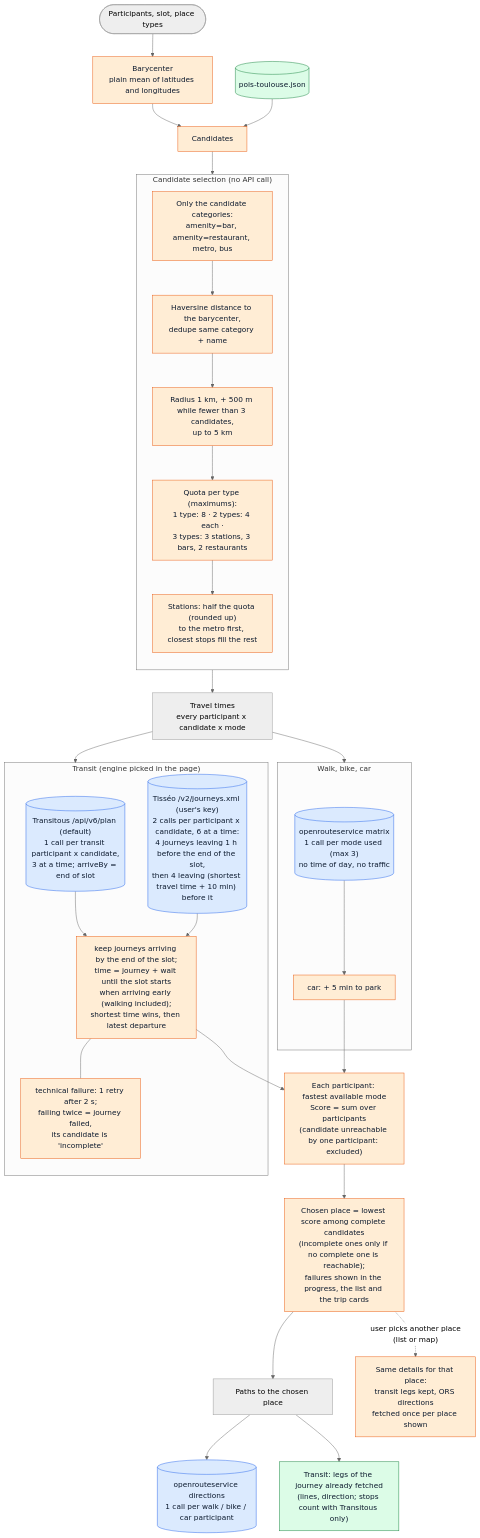
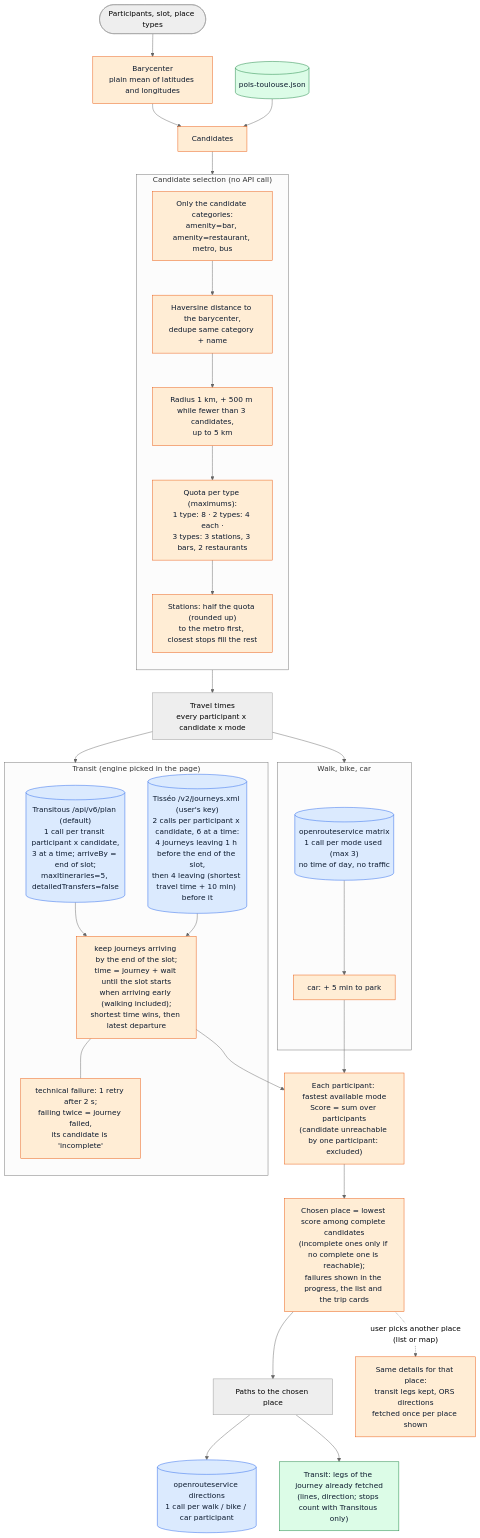
Before and after one commit to NicolasGresset/portfolio: the third of 4 diagrams in docs/location-pipeline.md, drawn with Mermaid (neutral theme). The commit also changed other lines of this file and 1 other file, not shown here.

First line of the commit message:
Ask Transitous for 5 journeys without walking turn-by-turn detail

````diff
--- a/docs/location-pipeline.md
+++ b/docs/location-pipeline.md
@@ -101,53 +101,53 @@
 ```mermaid
 flowchart TB
     classDef api fill:#DBEAFE,stroke:#2563EB,color:#0C1A2E
     classDef local fill:#DCFCE7,stroke:#15803D,color:#0C1A2E
     classDef algo fill:#FFEDD5,stroke:#EA580C,color:#0C1A2E
 
     START(["Participants, slot, place types"]) --> CENTER["Barycenter<br/>plain mean of latitudes and longitudes"]:::algo
     CENTER --> CAND["Candidates"]:::algo
     DATA[("pois-toulouse.json")]:::local --> CAND
 
     subgraph CANDIDATES["Candidate selection (no API call)"]
         direction TB
         R0["Only the candidate categories:<br/>amenity=bar, amenity=restaurant, metro, bus"]:::algo
         R1["Haversine distance to the barycenter,<br/>dedupe same category + name"]:::algo
         R2["Radius 1 km, + 500 m while fewer than 3 candidates,<br/>up to 5 km"]:::algo
         R3["Quota per type (maximums):<br/>1 type: 8 · 2 types: 4 each ·<br/>3 types: 3 stations, 3 bars, 2 restaurants"]:::algo
         R4["Stations: half the quota (rounded up)<br/>to the metro first, closest stops fill the rest"]:::algo
         R0 --> R1 --> R2 --> R3 --> R4
     end
     CAND --> CANDIDATES
 
     CANDIDATES --> TIMES["Travel times<br/>every participant x candidate x mode"]
 
     subgraph STREET["Walk, bike, car"]
         MATRIX[("openrouteservice matrix<br/>1 call per mode used (max 3)<br/>no time of day, no traffic")]:::api
         PARK["car: + 5 min to park"]:::algo
         MATRIX --> PARK
     end
 
     subgraph TRANSIT["Transit (engine picked in the page)"]
-        PLAN[("Transitous /api/v6/plan (default)<br/>1 call per transit participant x candidate,<br/>3 at a time; arriveBy = end of slot")]:::api
+        PLAN[("Transitous /api/v6/plan (default)<br/>1 call per transit participant x candidate,<br/>3 at a time; arriveBy = end of slot;<br/>maxItineraries=5, detailedTransfers=false")]:::api
         TISSEO[("Tisséo /v2/journeys.xml (user's key)<br/>2 calls per participant x candidate, 6 at a time:<br/>4 journeys leaving 1 h before the end of the slot,<br/>then 4 leaving (shortest travel time + 10 min) before it")]:::api
         WINDOW["keep journeys arriving by the end of the slot;<br/>time = journey + wait until the slot starts<br/>when arriving early (walking included);<br/>shortest time wins, then latest departure"]:::algo
         RETRY["technical failure: 1 retry after 2 s;<br/>failing twice = journey failed,<br/>its candidate is 'incomplete'"]:::algo
         WINDOW --- RETRY
         PLAN --> WINDOW
         TISSEO --> WINDOW
     end
 
     TIMES --> STREET
     TIMES --> TRANSIT
     PARK --> SCORE
     WINDOW --> SCORE
 
     SCORE["Each participant: fastest available mode<br/>Score = sum over participants<br/>(candidate unreachable by one participant: excluded)"]:::algo
     SCORE --> BEST["Chosen place = lowest score among complete candidates<br/>(incomplete ones only if no complete one is reachable);<br/>failures shown in the progress, the list and the trip cards"]:::algo
 
     BEST --> ROUTES["Paths to the chosen place"]
     ROUTES --> DIRECTIONS[("openrouteservice directions<br/>1 call per walk / bike / car participant")]:::api
     ROUTES --> LEGS["Transit: legs of the journey already fetched<br/>(lines, direction; stops count with Transitous only)"]:::local
 
     BEST -.->|"user picks another place<br/>(list or map)"| OTHER["Same details for that place:<br/>transit legs kept, ORS directions<br/>fetched once per place shown"]:::algo
 ```
````
